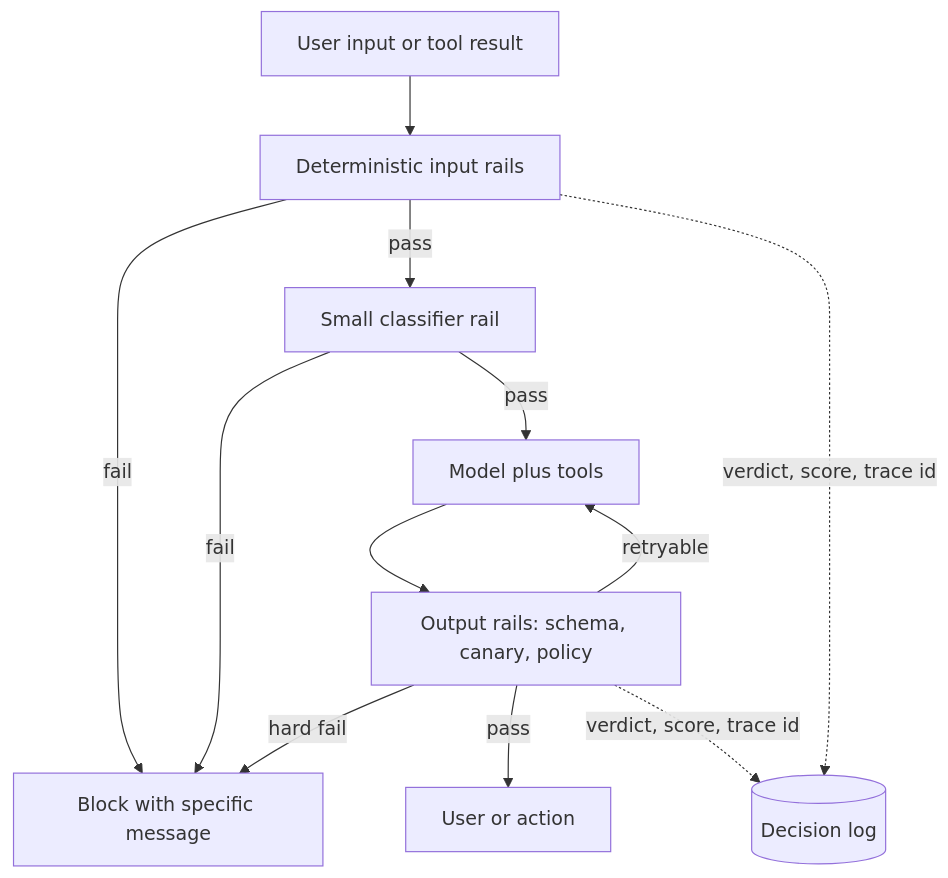
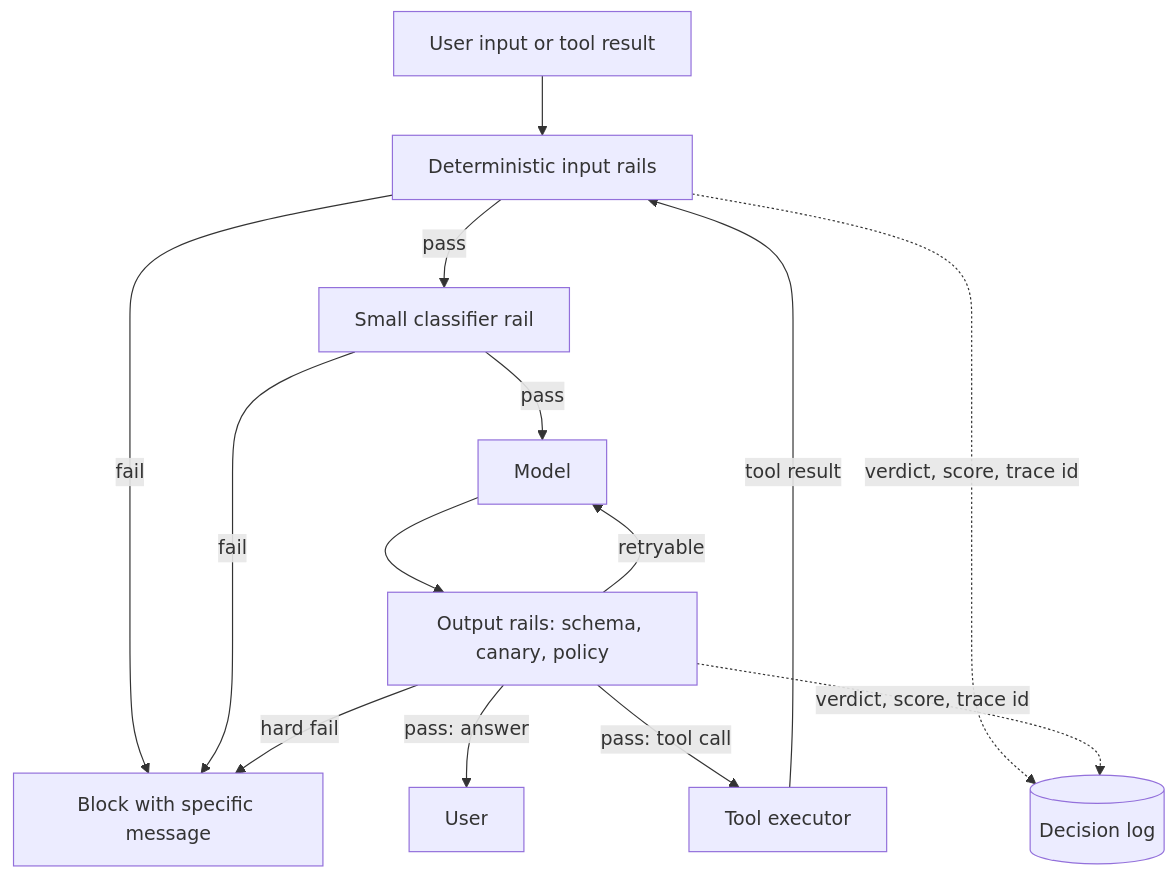
The diagram in content/safety-security/input-output-guardrails.md (lovishmahajan97/agentic-learning), drawn with Mermaid before and after one commit. The commit also changed other lines of this file and 348 other files, not shown here.

````diff
--- a/content/safety-security/input-output-guardrails.md
+++ b/content/safety-security/input-output-guardrails.md
@@ -154,14 +155,16 @@
 ```mermaid
 flowchart TD
     U["User input or tool result"] --> D["Deterministic input rails"]
     D -->|"fail"| B["Block with specific message"]
     D -->|"pass"| C["Small classifier rail"]
     C -->|"fail"| B
-    C -->|"pass"| M["Model plus tools"]
+    C -->|"pass"| M["Model"]
     M --> O["Output rails: schema, canary, policy"]
     O -->|"retryable"| M
     O -->|"hard fail"| B
-    O -->|"pass"| R["User or action"]
+    O -->|"pass: answer"| R["User"]
+    O -->|"pass: tool call"| T["Tool executor"]
+    T -->|"tool result"| D
     D -.->|"verdict, score, trace id"| L[("Decision log")]
     O -.->|"verdict, score, trace id"| L
 ```
````
